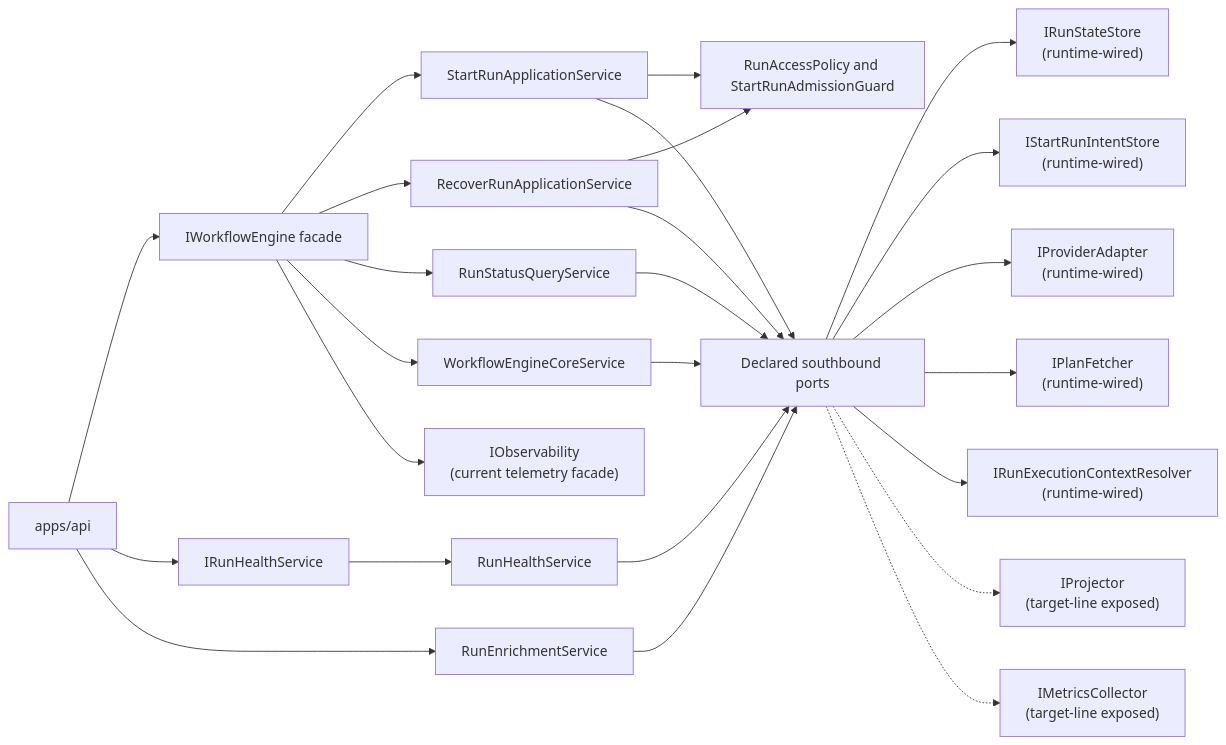
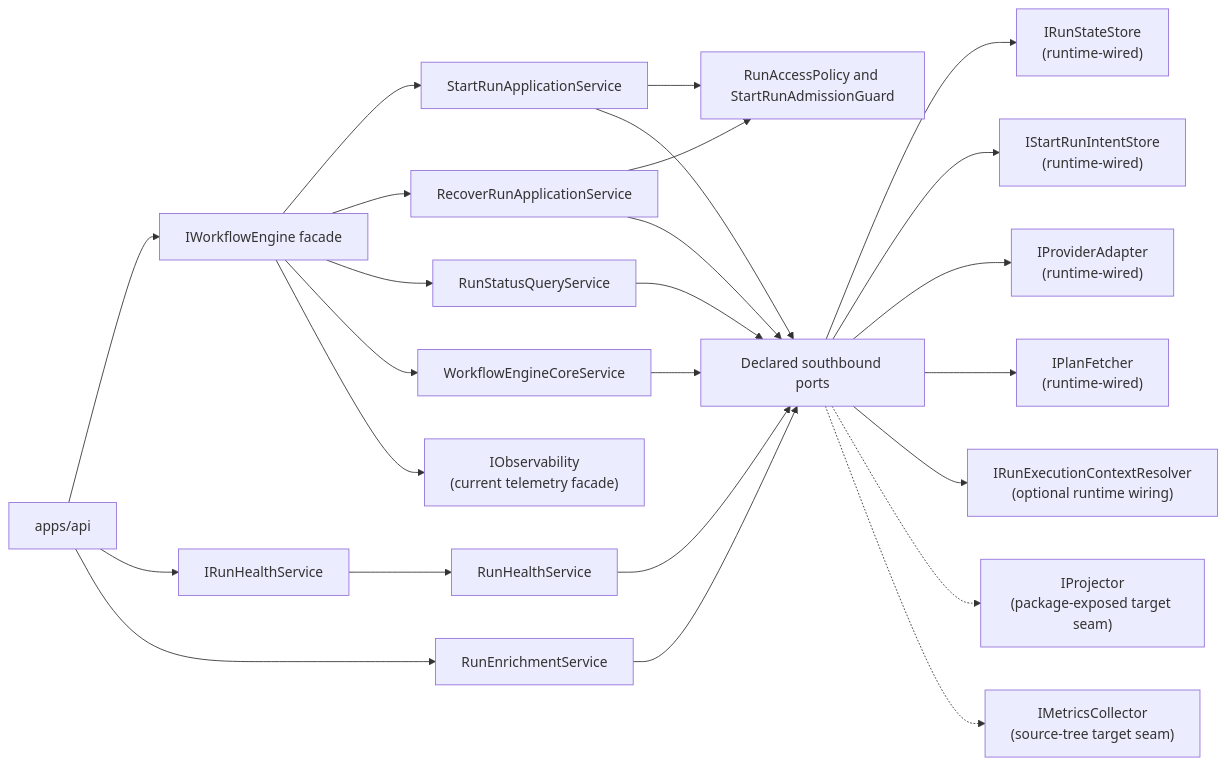
One commit to dunay2/dvt changed the diagram in docs/architecture/components/engine/index.md. Above: the diagram before and after it, drawn with Mermaid. The commit also changed other lines of this file and 11 other files, not shown here.

````diff
--- a/docs/architecture/components/engine/index.md
+++ b/docs/architecture/components/engine/index.md
@@ -94,27 +94,27 @@
 ```mermaid
 flowchart LR
   Api["apps/api"] --> Engine["IWorkflowEngine facade"]
   Api --> HealthApi["IRunHealthService"]
   Api --> Enrich["RunEnrichmentService"]
   Engine --> StartRun["StartRunApplicationService"]
   Engine --> Recover["RecoverRunApplicationService"]
   Engine --> Query["RunStatusQueryService"]
   Engine --> Core["WorkflowEngineCoreService"]
   HealthApi --> Health["RunHealthService"]
   Recover --> Policy["RunAccessPolicy and StartRunAdmissionGuard"]
   StartRun --> Policy["RunAccessPolicy and StartRunAdmissionGuard"]
   StartRun --> Ports["Declared southbound ports"]
   Recover --> Ports
   Query --> Ports
   Health --> Ports
   Core --> Ports
   Enrich --> Ports
   Ports --> State["IRunStateStore<br/>(runtime-wired)"]
   Ports --> Intent["IStartRunIntentStore<br/>(runtime-wired)"]
   Ports --> Providers["IProviderAdapter<br/>(runtime-wired)"]
   Ports --> Plan["IPlanFetcher<br/>(runtime-wired)"]
-  Ports --> RunCtx["IRunExecutionContextResolver<br/>(runtime-wired)"]
-  Ports -.-> Projector["IProjector<br/>(target-line exposed)"]
-  Ports -.-> Metrics["IMetricsCollector<br/>(target-line exposed)"]
+  Ports --> RunCtx["IRunExecutionContextResolver<br/>(optional runtime wiring)"]
+  Ports -.-> Projector["IProjector<br/>(package-exposed target seam)"]
+  Ports -.-> Metrics["IMetricsCollector<br/>(source-tree target seam)"]
   Engine --> Obs["IObservability<br/>(current telemetry facade)"]
 ```
````
